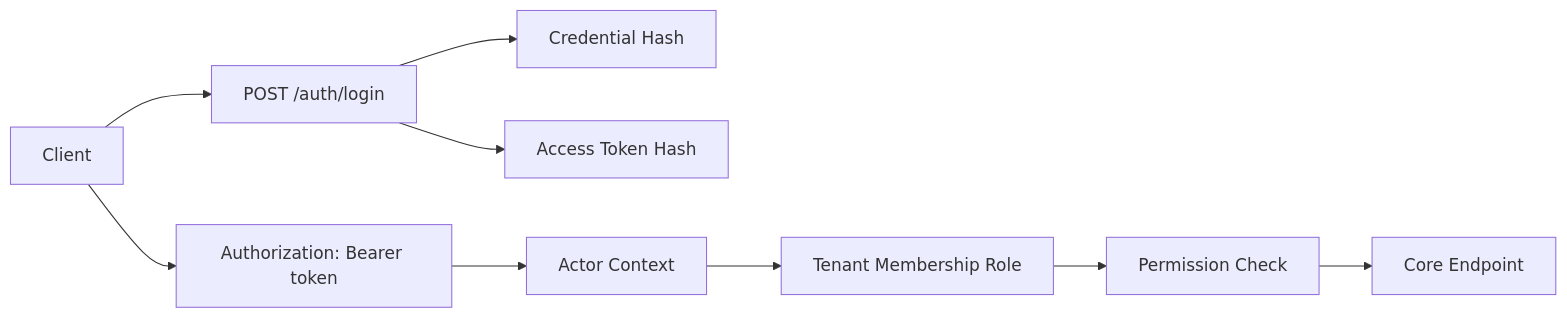
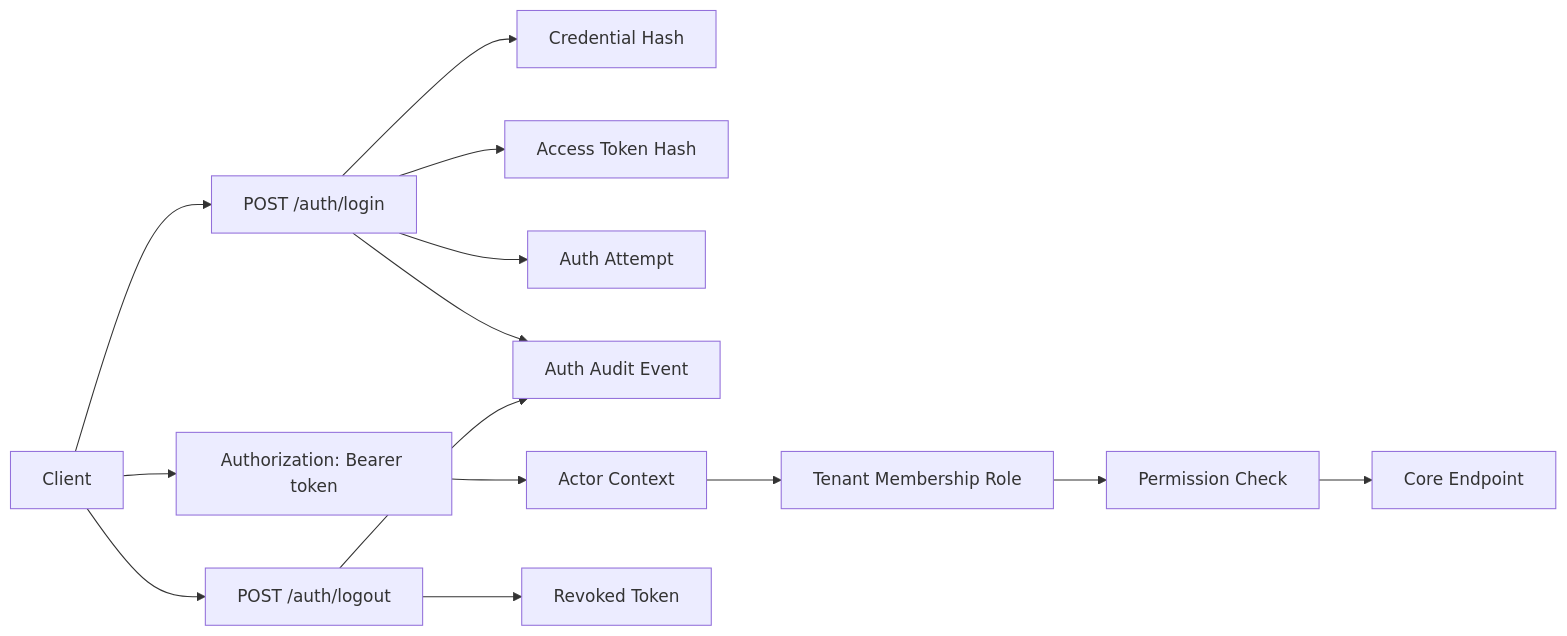
One commit to AlexGerlitz/drivedesk-core changed the third of 7 diagrams in docs/public/SYSTEM_DESIGN.md. Above: the diagram before and after it, drawn with Mermaid. The commit also changed other lines of this file and 20 other files, not shown here.

Commit message:
Add auth lifecycle audit guard

````diff
--- a/docs/public/SYSTEM_DESIGN.md
+++ b/docs/public/SYSTEM_DESIGN.md
@@ -99,11 +99,16 @@
 ```mermaid
 flowchart LR
   Client["Client"] --> Login["POST /auth/login"]
   Login --> UserHash["Credential Hash"]
   Login --> TokenHash["Access Token Hash"]
+  Login --> Attempt["Auth Attempt"]
+  Login --> AuthAudit["Auth Audit Event"]
   Client --> Bearer["Authorization: Bearer token"]
   Bearer --> Actor["Actor Context"]
   Actor --> Membership["Tenant Membership Role"]
   Membership --> Permission["Permission Check"]
   Permission --> Endpoint["Core Endpoint"]
+  Client --> Logout["POST /auth/logout"]
+  Logout --> Revoked["Revoked Token"]
+  Logout --> AuthAudit
 ```
````
